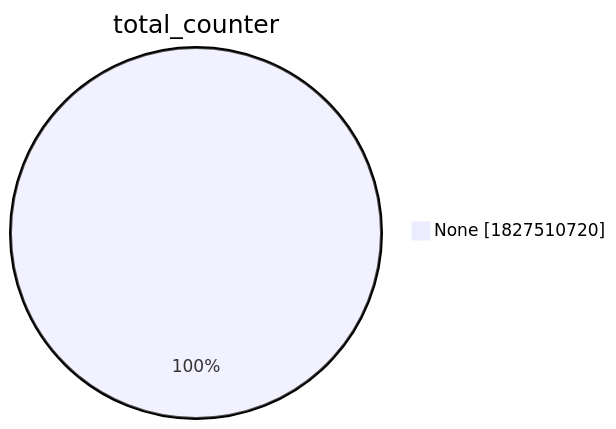
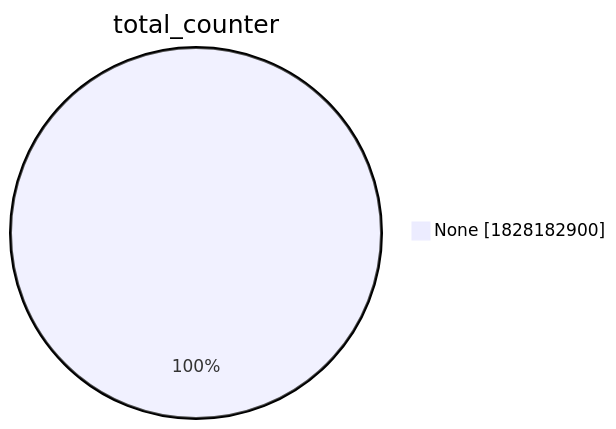
One commit to christiankrug/ctmonitor_visualization changed the second of 15 diagrams in xenon2022/README.md. Above: the diagram before and after it, drawn with Mermaid. The commit also changed other lines of this file, not shown here.

````diff
--- a/xenon2022/README.md
+++ b/xenon2022/README.md
@@ -9,5 +9,5 @@
 ```mermaid
 pie showData
 title total_counter
-"None" :1827510720
+"None" :1828182900
 ```
````
